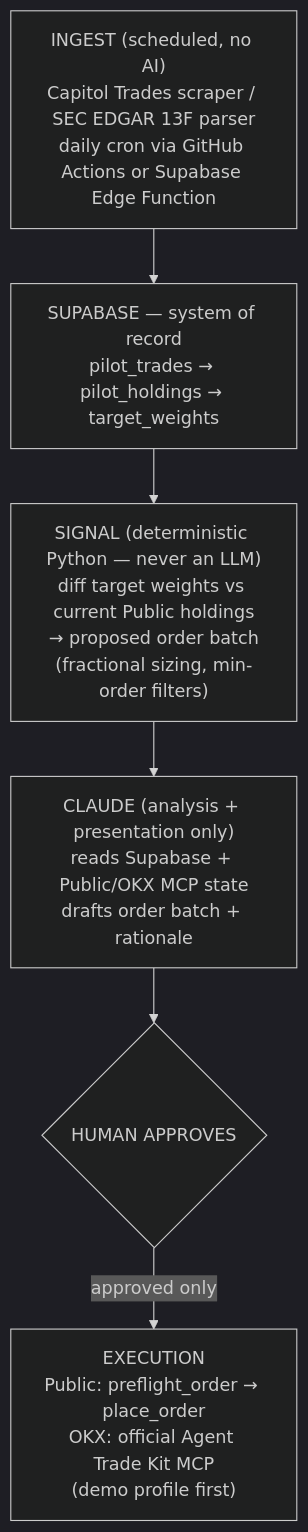
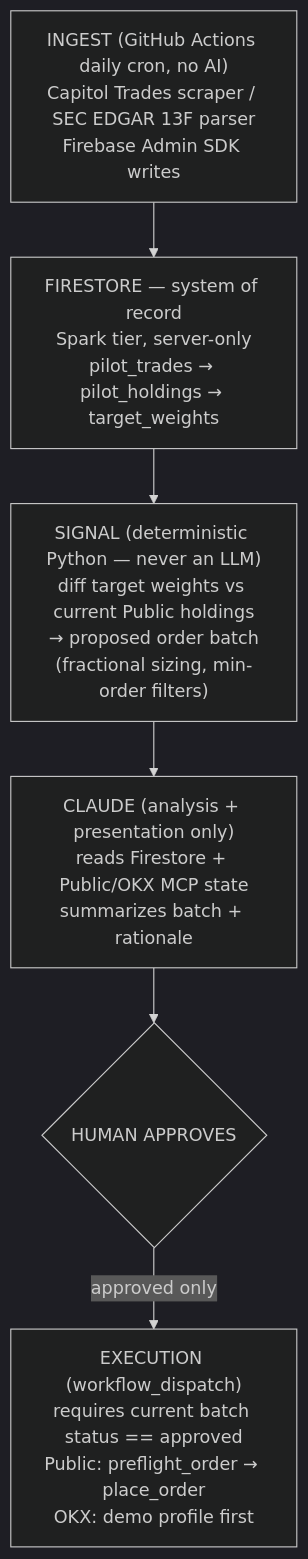
The diagram in pilot-engine/README.md (jonnyterrero/workflows-and-automations), drawn with Mermaid (dark theme) before and after one commit. The commit also changed other lines of this file and 22 other files, not shown here.

Commit message:
Replace Pilot Engine backend with Firebase

````diff
--- a/pilot-engine/README.md
+++ b/pilot-engine/README.md
@@ -10,12 +10,12 @@
 ```mermaid
 flowchart TD
-    A["INGEST (scheduled, no AI)<br/>Capitol Trades scraper / SEC EDGAR 13F parser<br/>daily cron via GitHub Actions or Supabase Edge Function"]
-    B["SUPABASE — system of record<br/>pilot_trades → pilot_holdings → target_weights"]
+    A["INGEST (GitHub Actions daily cron, no AI)<br/>Capitol Trades scraper / SEC EDGAR 13F parser<br/>Firebase Admin SDK writes"]
+    B["FIRESTORE — system of record<br/>Spark tier, server-only<br/>pilot_trades → pilot_holdings → target_weights"]
     C["SIGNAL (deterministic Python — never an LLM)<br/>diff target weights vs current Public holdings<br/>→ proposed order batch<br/>(fractional sizing, min-order filters)"]
-    D["CLAUDE (analysis + presentation only)<br/>reads Supabase + Public/OKX MCP state<br/>drafts order batch + rationale"]
+    D["CLAUDE (analysis + presentation only)<br/>reads Firestore + Public/OKX MCP state<br/>summarizes batch + rationale"]
     E{"HUMAN APPROVES"}
-    F["EXECUTION<br/>Public: preflight_order → place_order<br/>OKX: official Agent Trade Kit MCP<br/>(demo profile first)"]
+    F["EXECUTION (workflow_dispatch)<br/>requires current batch status == approved<br/>Public: preflight_order → place_order<br/>OKX: demo profile first"]
 
     A --> B --> C --> D --> E
     E -->|approved only| F
 ```
````
